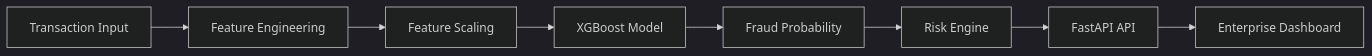
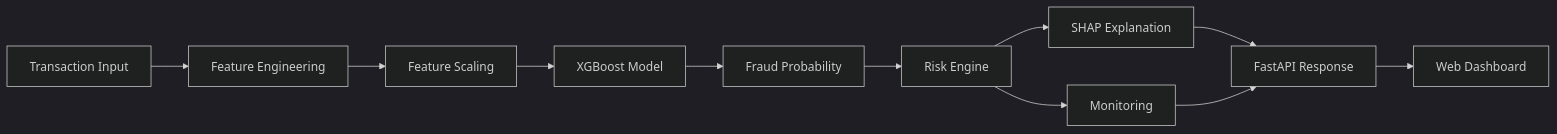
One commit to Aarya0706/fraud-detection-api changed the diagram in README.md. Above: the diagram before and after it, drawn with Mermaid (dark theme). The commit also changed other lines of this file, not shown here.

````diff
--- a/README.md
+++ b/README.md
@@ -162,20 +85,14 @@
 ```mermaid
 flowchart LR
 
-A[Transaction Input]
-B[Feature Engineering]
-C[Feature Scaling]
-D[XGBoost Model]
-E[Fraud Probability]
-F[Risk Engine]
-G[FastAPI API]
-H[Enterprise Dashboard]
-
-A --> B
-B --> C
-C --> D
-D --> E
-E --> F
-F --> G
-G --> H
+A[Transaction Input] --> B[Feature Engineering]
+B --> C[Feature Scaling]
+C --> D[XGBoost Model]
+D --> E[Fraud Probability]
+E --> F[Risk Engine]
+F --> G[SHAP Explanation]
+F --> H[Monitoring]
+G --> I[FastAPI Response]
+H --> I
+I --> J[Web Dashboard]
 ```
````
